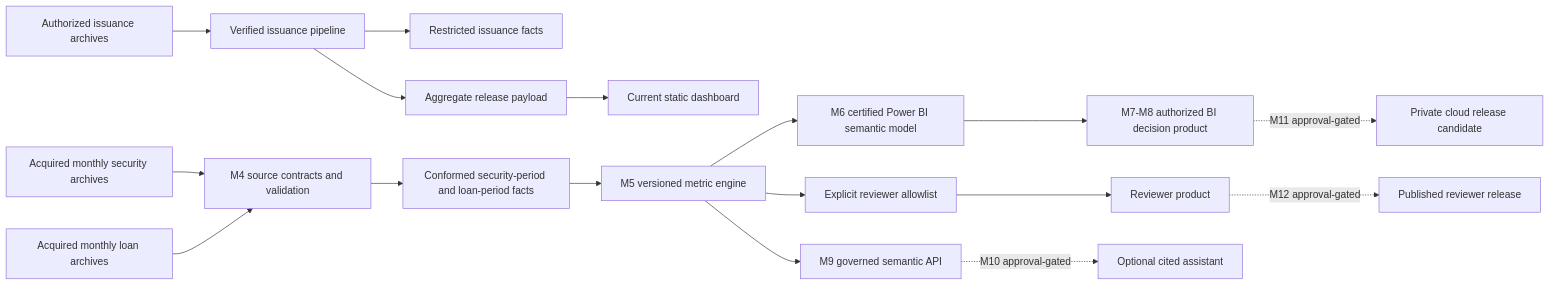
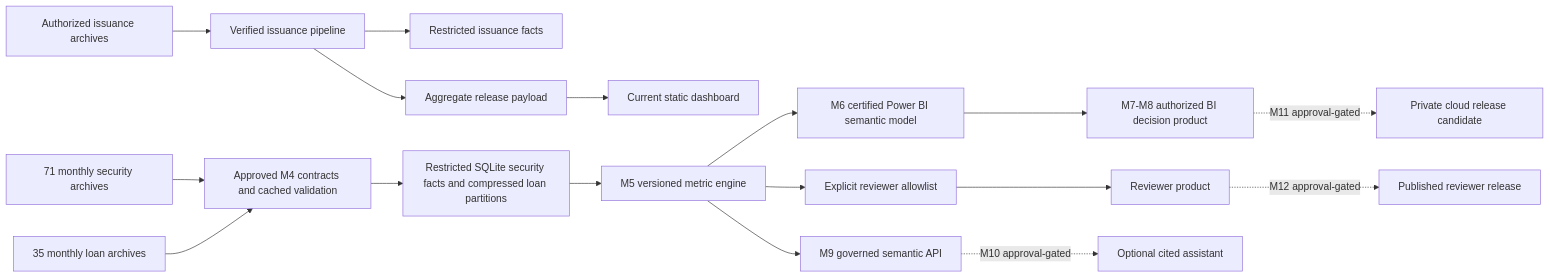
One commit to vaibhavkhuranaaa/freddie-mac-mbs-disclosure-analytics changed the diagram in architecture/system.mmd. Above: the diagram before and after it, drawn with Mermaid. The commit also changed 32 other files, not shown here.

Commit message:
feat: complete M4 conformed source foundation

```diff
--- a/architecture/system.mmd
+++ b/architecture/system.mmd
@@ -1,17 +1,17 @@
 flowchart LR
   A[Authorized issuance archives] --> B[Verified issuance pipeline]
   B --> C[Restricted issuance facts]
   B --> D[Aggregate release payload]
   D --> E[Current static dashboard]
-  F[Acquired monthly security archives] --> G[M4 source contracts and validation]
-  H[Acquired monthly loan archives] --> G
-  G --> I[Conformed security-period and loan-period facts]
+  F[71 monthly security archives] --> G[Approved M4 contracts and cached validation]
+  H[35 monthly loan archives] --> G
+  G --> I[Restricted SQLite security facts and compressed loan partitions]
   I --> J[M5 versioned metric engine]
   J --> K[M6 certified Power BI semantic model]
   K --> L[M7-M8 authorized BI decision product]
   J --> M[Explicit reviewer allowlist]
   M --> N[Reviewer product]
   J --> O[M9 governed semantic API]
   O -. M10 approval-gated .-> P[Optional cited assistant]
   L -. M11 approval-gated .-> Q[Private cloud release candidate]
   N -. M12 approval-gated .-> R[Published reviewer release]
```
